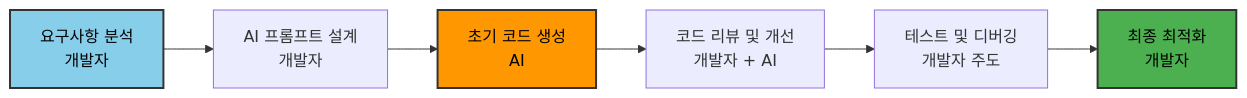
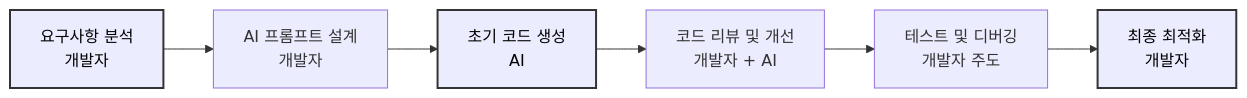
One commit to c0z0c/blog changed the second of 2 diagrams in 블로그/AI 시대 소프트웨어 개발자의 새로운 역량.md. Above: the diagram before and after it, drawn with Mermaid. The commit also changed other lines of this file and 7 other files, not shown here.

````diff
--- a/블로그/AI 시대 소프트웨어 개발자의 새로운 역량.md
+++ b/블로그/AI 시대 소프트웨어 개발자의 새로운 역량.md
@@ -230,12 +230,12 @@
 ```mermaid
 flowchart LR
     A[요구사항 분석<br/>개발자] --> B[AI 프롬프트 설계<br/>개발자]
     B --> C[초기 코드 생성<br/>AI]
     C --> D[코드 리뷰 및 개선<br/>개발자 + AI]
     D --> E[테스트 및 디버깅<br/>개발자 주도]
     E --> F[최종 최적화<br/>개발자]
     
-    style A fill:#87ceeb,stroke:#333,stroke-width:2px,color:#000
-    style C fill:#ff9800,stroke:#333,stroke-width:2px,color:#000
-    style F fill:#4caf50,stroke:#333,stroke-width:2px,color:#000
+    style A stroke-width:2px,stroke:#87ceeb,stroke:#333,stroke-width:2px,color:#000
+    style C stroke-width:2px,stroke:#ff9800,stroke:#333,stroke-width:2px,color:#000
+    style F stroke-width:2px,stroke:#4caf50,stroke:#333,stroke-width:2px,color:#000
 ```
````
